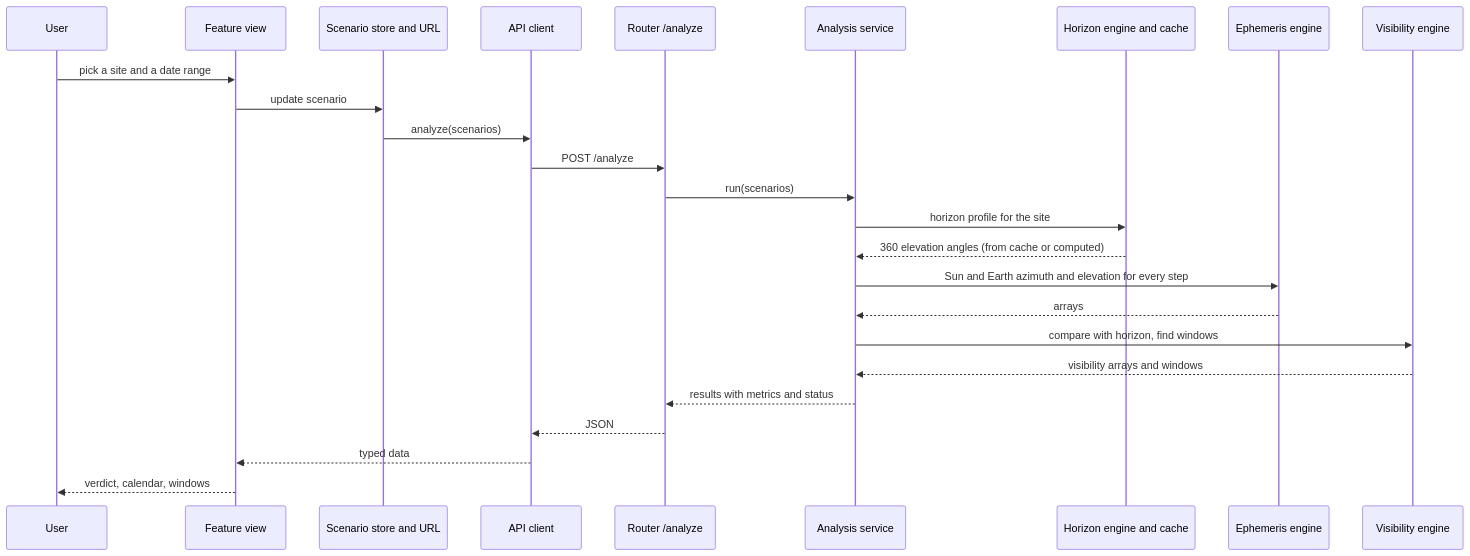
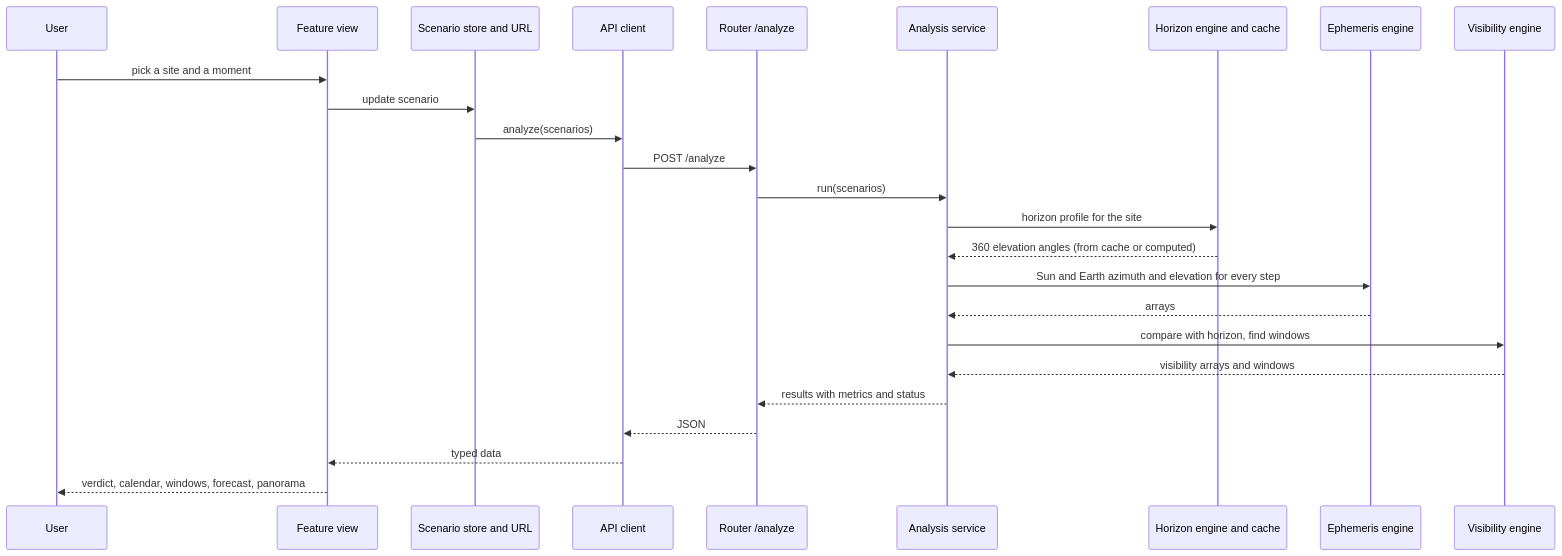
One commit to itani-jr-404/moonmaps changed the first of 2 diagrams in docs/architecture/request-lifecycle.md. Above: the diagram before and after it, drawn with Mermaid. The commit also changed other lines of this file and 33 other files, not shown here.

````diff
--- a/docs/architecture/request-lifecycle.md
+++ b/docs/architecture/request-lifecycle.md
@@ -11,28 +11,28 @@
 ```mermaid
 sequenceDiagram
   participant U as User
   participant V as Feature view
   participant S as Scenario store and URL
   participant C as API client
   participant R as Router /analyze
   participant M as Analysis service
   participant H as Horizon engine and cache
   participant E as Ephemeris engine
   participant X as Visibility engine
 
-  U->>V: pick a site and a date range
+  U->>V: pick a site and a moment
   V->>S: update scenario
   S->>C: analyze(scenarios)
   C->>R: POST /analyze
   R->>M: run(scenarios)
   M->>H: horizon profile for the site
   H-->>M: 360 elevation angles (from cache or computed)
   M->>E: Sun and Earth azimuth and elevation for every step
   E-->>M: arrays
   M->>X: compare with horizon, find windows
   X-->>M: visibility arrays and windows
   M-->>R: results with metrics and status
   R-->>C: JSON
   C-->>V: typed data
-  V-->>U: verdict, calendar, windows
+  V-->>U: verdict, calendar, windows, forecast, panorama
 ```
````
